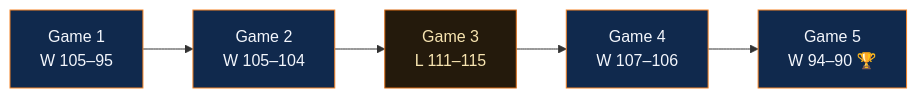
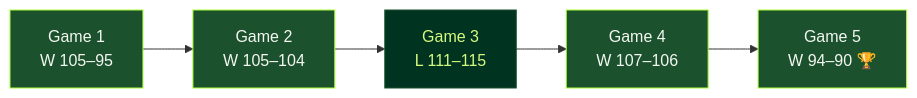
Before and after one commit to winderba/Ki5: the diagram in series.mdx, drawn with Mermaid. The commit also changed 8 other files, not shown here.

````diff
--- a/series.mdx
+++ b/series.mdx
@@ -21,8 +21,8 @@
 ```mermaid
 graph LR
   G1["Game 1<br/>W 105–95"] --> G2["Game 2<br/>W 105–104"] --> G3["Game 3<br/>L 111–115"] --> G4["Game 4<br/>W 107–106"] --> G5["Game 5<br/>W 94–90 🏆"]
-  classDef win fill:#10294D,stroke:#F58426,color:#F3F6FC;
-  classDef loss fill:#241a0c,stroke:#DA6A12,color:#F7E4B0;
+  classDef win fill:#1B512D,stroke:#A6FB33,color:#F3F8F1;
+  classDef loss fill:#003421,stroke:#1B512D,color:#D6FA7E;
   class G1,G2,G4,G5 win;
   class G3 loss;
 ```
````
